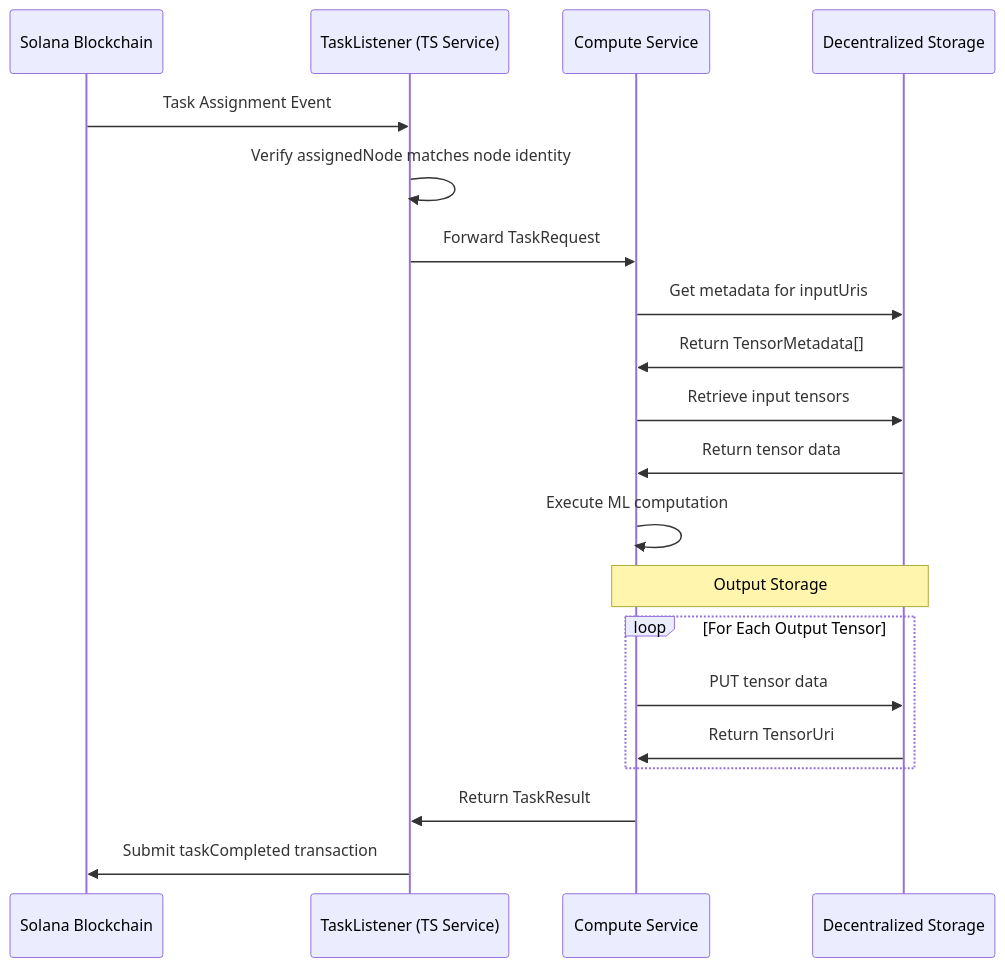
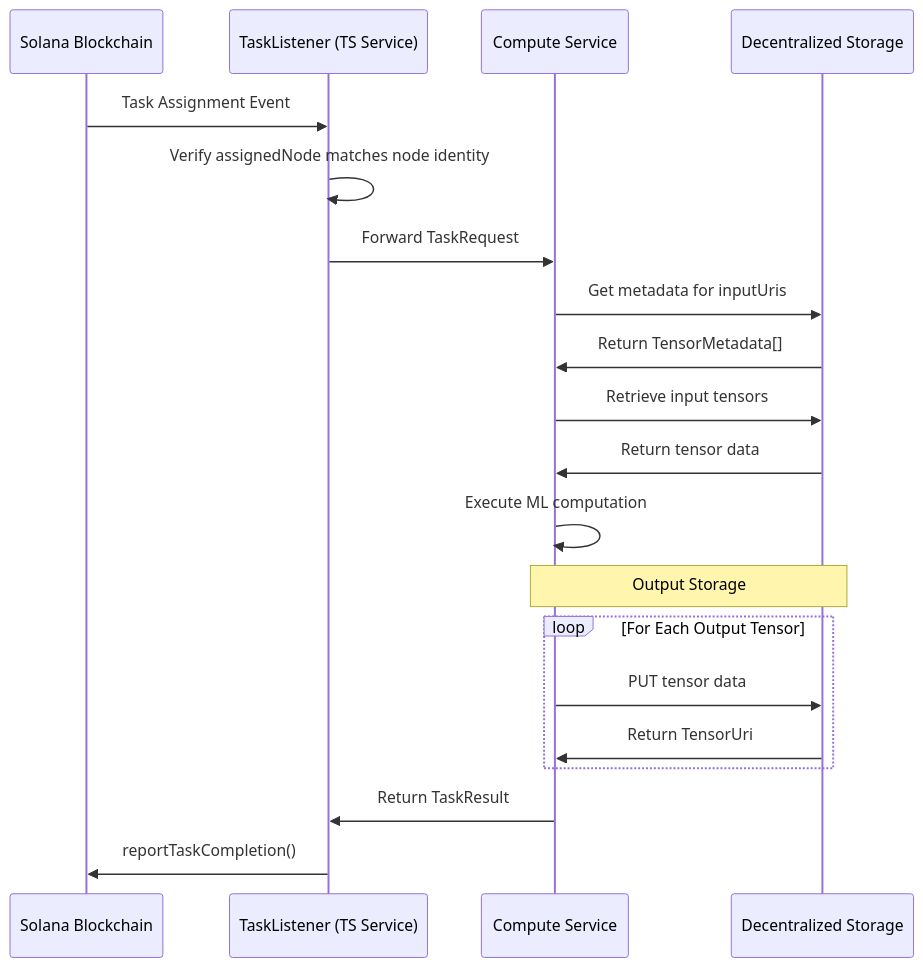
Before and after one commit to ToxicPine/planning-win: the diagram in concrete_plans/compute_client/task_completion.md, drawn with Mermaid. The commit also changed 5 other files, not shown here.

````diff
--- a/concrete_plans/compute_client/task_completion.md
+++ b/concrete_plans/compute_client/task_completion.md
@@ -19,28 +19,28 @@
 ```mermaid
 sequenceDiagram
     participant BC as Solana Blockchain
     participant TS as TaskListener (TS Service)
     participant PY as Compute Service
     participant DS as Decentralized Storage
 
     BC->>TS: Task Assignment Event
     TS->>TS: Verify assignedNode matches node identity
     TS->>PY: Forward TaskRequest
 
     PY->>DS: Get metadata for inputUris
     DS->>PY: Return TensorMetadata[]
     PY->>DS: Retrieve input tensors
     DS->>PY: Return tensor data
 
     PY->>PY: Execute ML computation
 
     Note over PY,DS: Output Storage
 
     loop For Each Output Tensor
         PY->>DS: PUT tensor data
         DS->>PY: Return TensorUri
     end
 
     PY->>TS: Return TaskResult
-    TS->>BC: Submit taskCompleted transaction
+    TS->>BC: reportTaskCompletion()
 ```
````
